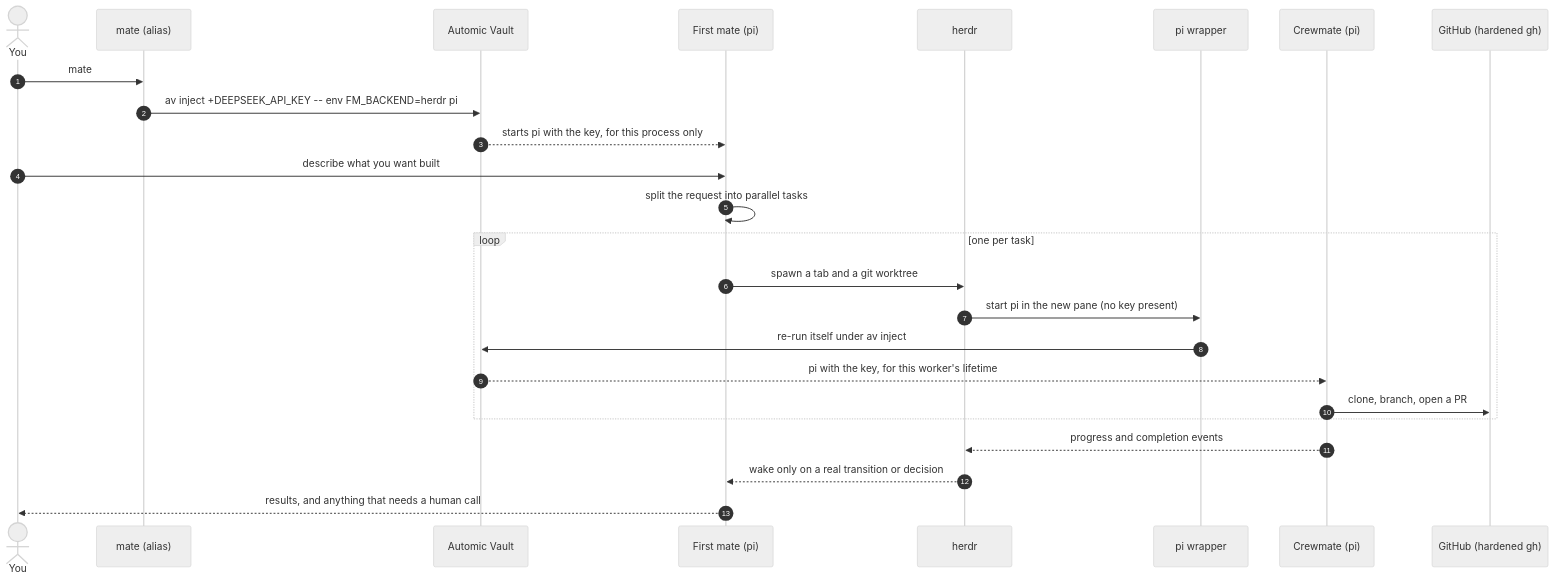
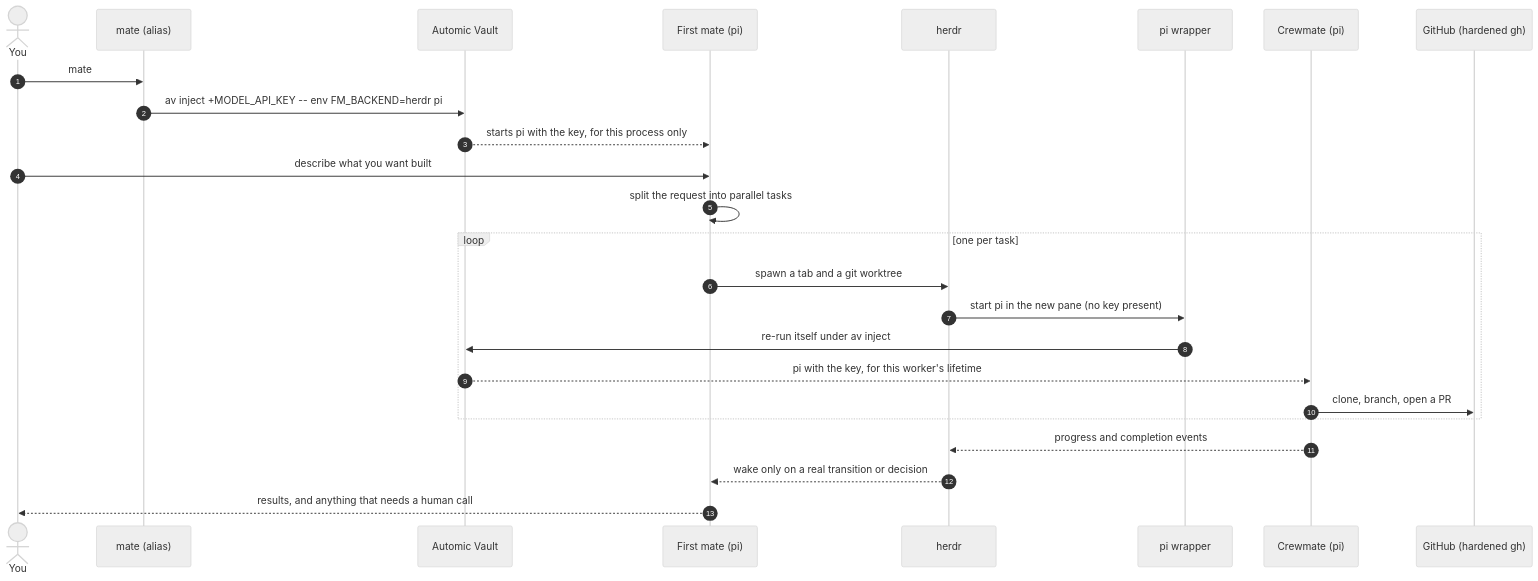
Before and after one commit to aditya-sathish-rao/agentic-dev-env: the fifth of 10 diagrams in README.md, drawn with Mermaid (neutral theme). The commit also changed other lines of this file and 18 other files, not shown here.

````diff
--- a/README.md
+++ b/README.md
@@ -313,28 +326,28 @@
 ```mermaid
 sequenceDiagram
     autonumber
     actor You
     participant Mate as mate (alias)
     participant AV as Automic Vault
     participant FM as First mate (pi)
     participant HD as herdr
     participant W as pi wrapper
     participant CM as Crewmate (pi)
     participant GH as GitHub (hardened gh)
 
     You->>Mate: mate
-    Mate->>AV: av inject +DEEPSEEK_API_KEY -- env FM_BACKEND=herdr pi
+    Mate->>AV: av inject +MODEL_API_KEY -- env FM_BACKEND=herdr pi
     AV-->>FM: starts pi with the key, for this process only
     You->>FM: describe what you want built
     FM->>FM: split the request into parallel tasks
     loop one per task
         FM->>HD: spawn a tab and a git worktree
         HD->>W: start pi in the new pane (no key present)
         W->>AV: re-run itself under av inject
         AV-->>CM: pi with the key, for this worker's lifetime
         CM->>GH: clone, branch, open a PR
     end
     CM-->>HD: progress and completion events
     HD-->>FM: wake only on a real transition or decision
     FM-->>You: results, and anything that needs a human call
 ```
````
